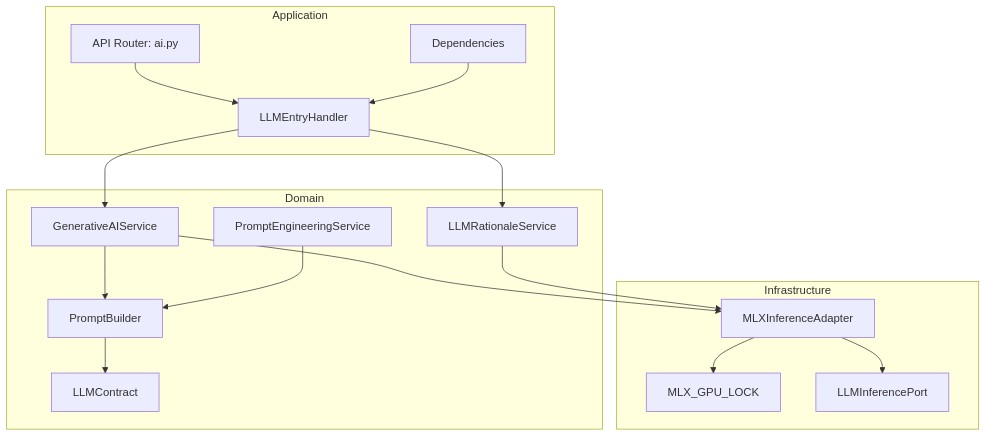
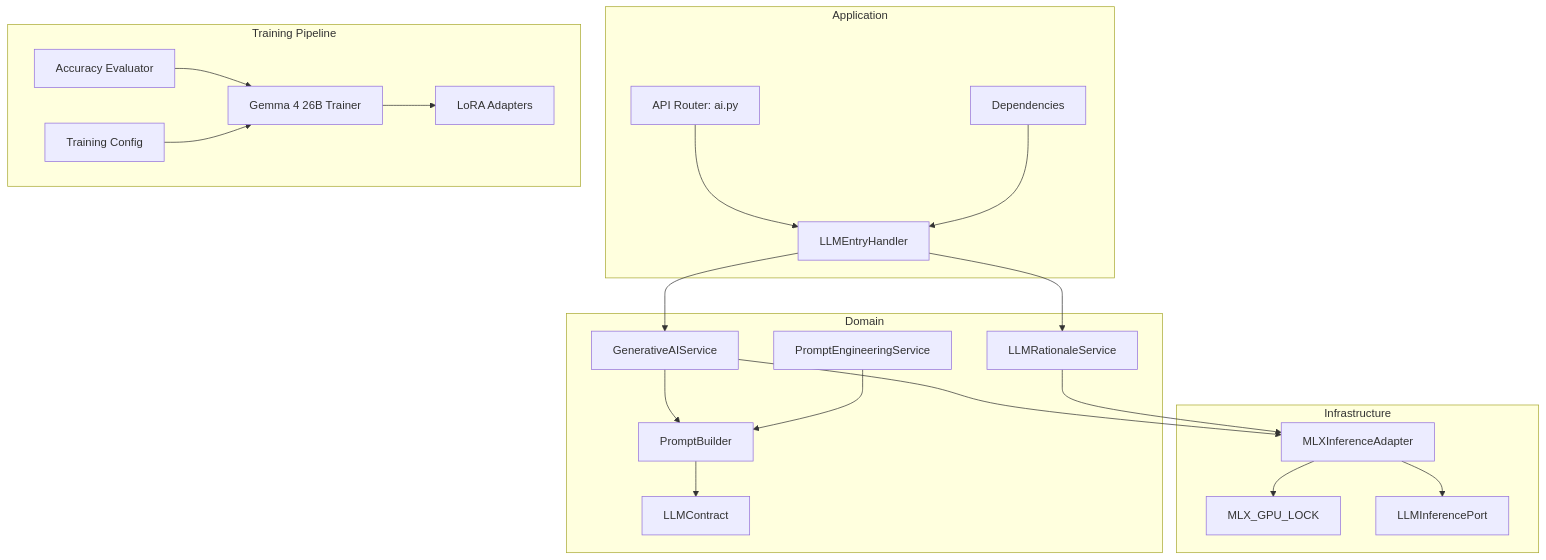
The first of 14 diagrams in .qoder/repowiki/en/content/Backend Application/Domain Services/AI Inference System.md (gemrajkhatry-maker/v5-of-glassytrade-ai), drawn with Mermaid before and after one commit. The commit also changed other lines of this file and 930 other files, not shown here.

````diff
--- a/.qoder/repowiki/en/content/Backend Application/Domain Services/AI Inference System.md
+++ b/.qoder/repowiki/en/content/Backend Application/Domain Services/AI Inference System.md
@@ -54,31 +78,40 @@
 ```mermaid
 graph TB
 subgraph "Domain"
 GAI["GenerativeAIService"]
 LLMC["LLMContract"]
 PB["PromptBuilder"]
 PES["PromptEngineeringService"]
 LRS["LLMRationaleService"]
 end
 subgraph "Infrastructure"
 MIA["MLXInferenceAdapter"]
 LOCK["MLX_GPU_LOCK"]
 PORT["LLMInferencePort"]
 end
 subgraph "Application"
 LEH["LLMEntryHandler"]
 API["API Router: ai.py"]
 DEPS["Dependencies"]
 end
+subgraph "Training Pipeline"
+TRAINER["Gemma 4 26B Trainer"]
+CONFIG["Training Config"]
+ADAPTER["LoRA Adapters"]
+EVAL["Accuracy Evaluator"]
+end
 GAI --> PB
 GAI --> MIA
 PB --> LLMC
 PES --> PB
 LRS --> MIA
 MIA --> LOCK
 MIA --> PORT
 LEH --> GAI
 LEH --> LRS
 API --> LEH
 DEPS --> LEH
+TRAINER --> ADAPTER
+EVAL --> TRAINER
+CONFIG --> TRAINER
 ```
````
